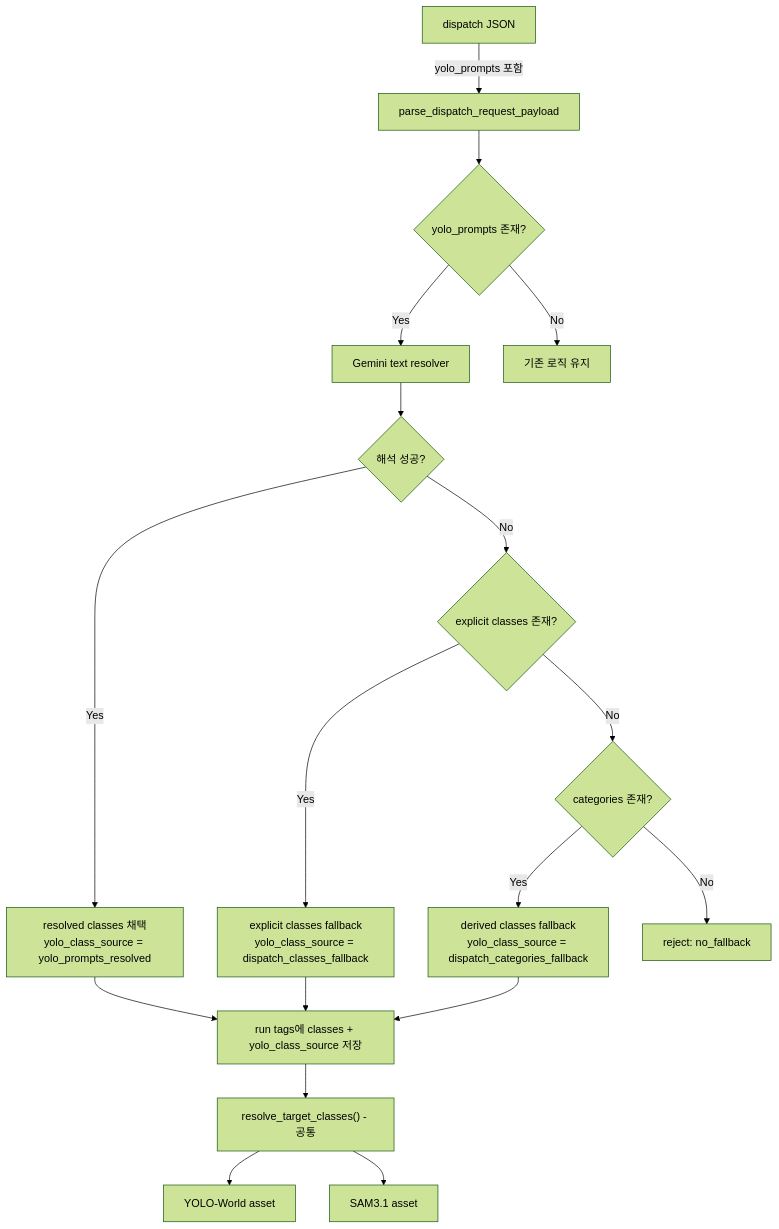
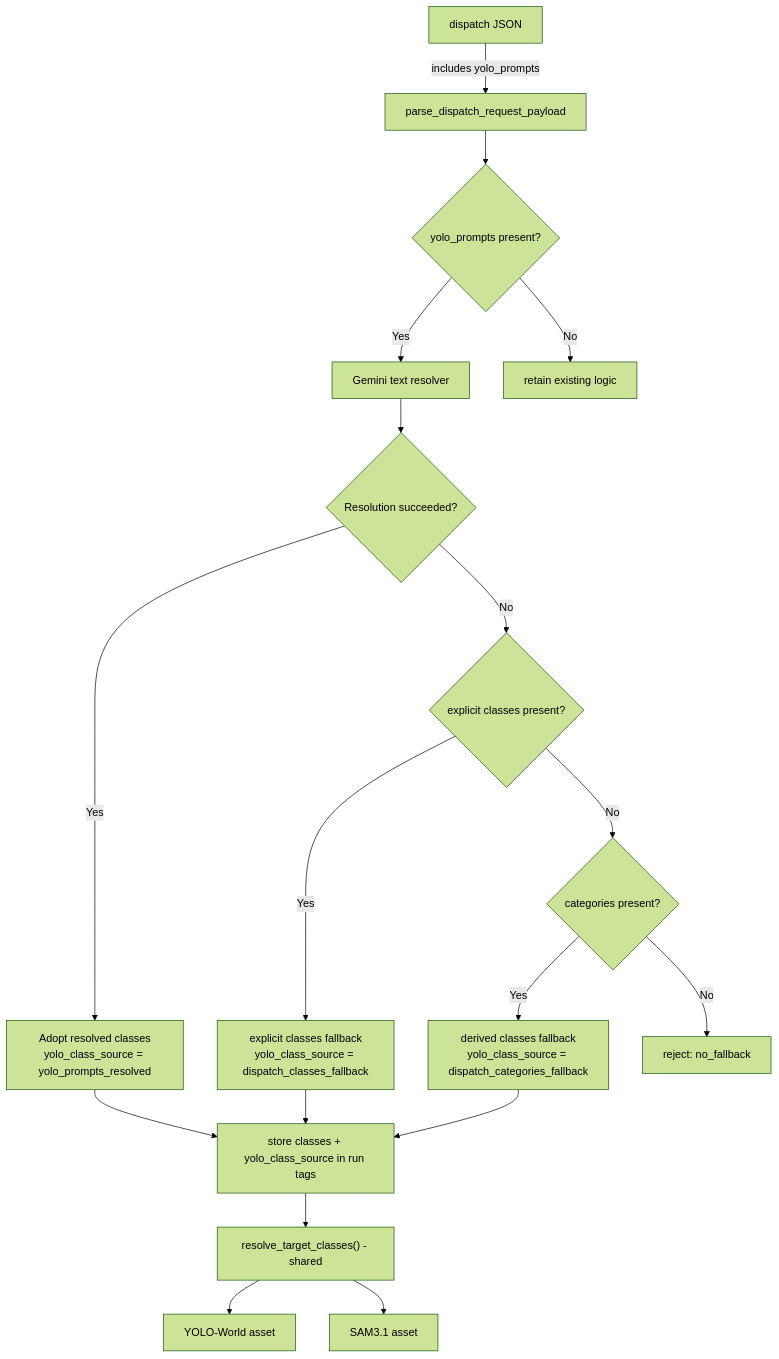
The diagram in docs/logic/YOLO_World_자연어_프롬프트_연결_설계안.md (Orderlee/pipeline), drawn with Mermaid (forest theme) before and after one commit. The commit also changed other lines of this file and 129 other files, not shown here.

````diff
--- a/docs/logic/YOLO_World_자연어_프롬프트_연결_설계안.md
+++ b/docs/logic/YOLO_World_자연어_프롬프트_연결_설계안.md
@@ -74,20 +74,20 @@
 ```mermaid
 flowchart TD
-    A[dispatch JSON] -->|yolo_prompts 포함| B[parse_dispatch_request_payload]
-    B --> C{yolo_prompts 존재?}
+    A[dispatch JSON] -->|includes yolo_prompts| B[parse_dispatch_request_payload]
+    B --> C{yolo_prompts present?}
     C -->|Yes| D[Gemini text resolver]
-    D --> E{해석 성공?}
-    E -->|Yes| F["resolved classes 채택\nyolo_class_source = yolo_prompts_resolved"]
-    E -->|No| G{explicit classes 존재?}
+    D --> E{Resolution succeeded?}
+    E -->|Yes| F["Adopt resolved classes\nyolo_class_source = yolo_prompts_resolved"]
+    E -->|No| G{explicit classes present?}
     G -->|Yes| H["explicit classes fallback\nyolo_class_source = dispatch_classes_fallback"]
-    G -->|No| I{categories 존재?}
+    G -->|No| I{categories present?}
     I -->|Yes| J["derived classes fallback\nyolo_class_source = dispatch_categories_fallback"]
     I -->|No| K[reject: no_fallback]
-    C -->|No| L[기존 로직 유지]
-    F --> M[run tags에 classes + yolo_class_source 저장]
+    C -->|No| L[retain existing logic]
+    F --> M[store classes + yolo_class_source in run tags]
     H --> M
     J --> M
-    M --> N["resolve_target_classes() - 공통"]
+    M --> N["resolve_target_classes() - shared"]
     N --> O[YOLO-World asset]
     N --> P[SAM3.1 asset]
 ```
````
